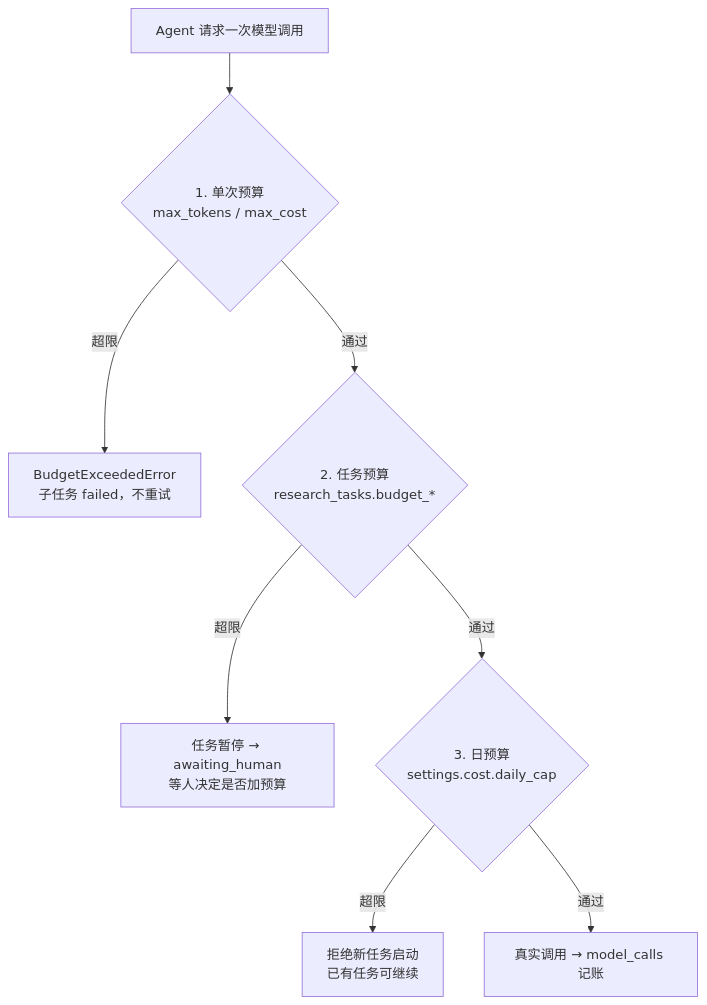
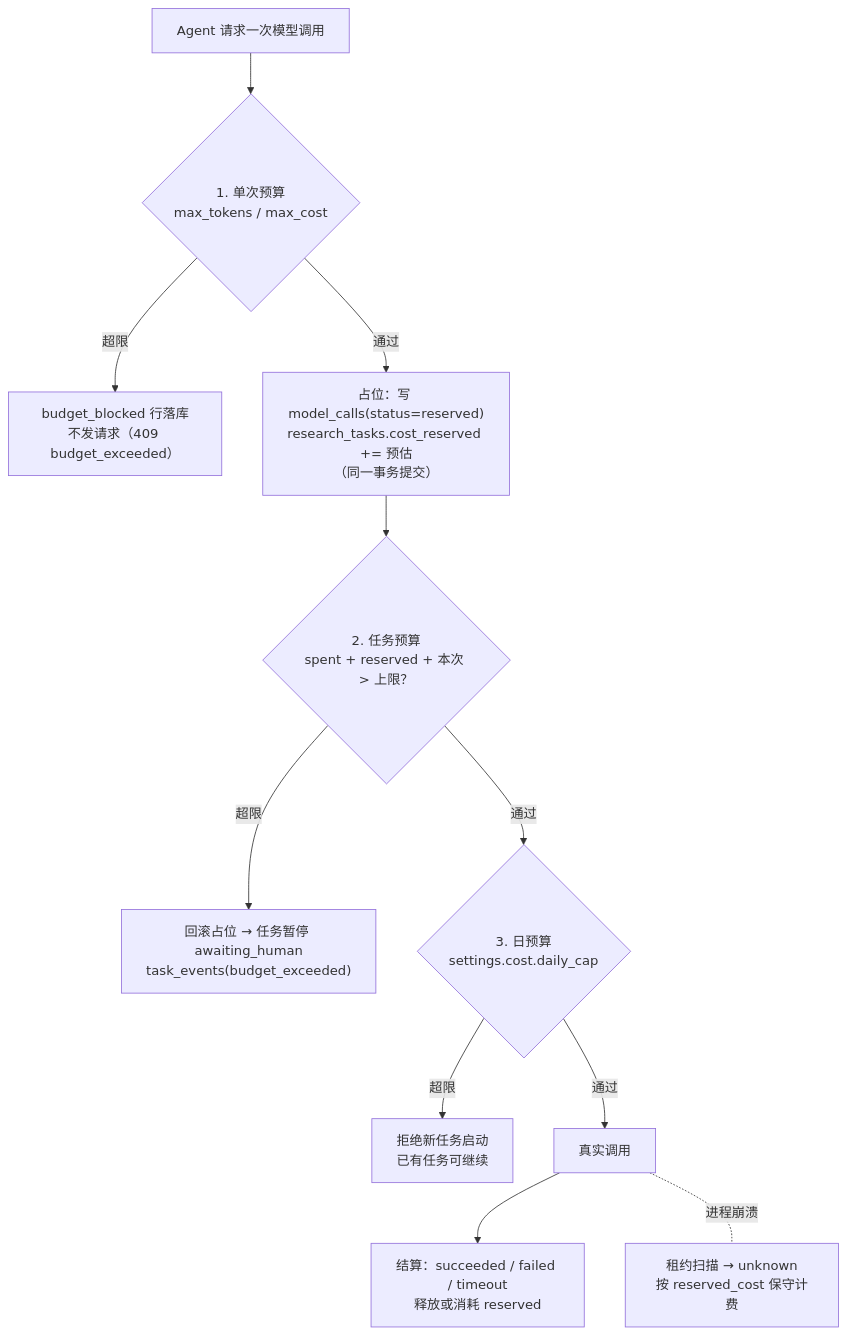
The fourth of 4 diagrams in docs/research_hub/system_architecture.md (AckNove/finance-media-ai), drawn with Mermaid before and after one commit. The commit also changed other lines of this file and 14 other files, not shown here.

````diff
--- a/docs/research_hub/system_architecture.md
+++ b/docs/research_hub/system_architecture.md
@@ -308,10 +389,13 @@
 ```mermaid
 flowchart TB
     A["Agent 请求一次模型调用"] --> B{"1. 单次预算<br/>max_tokens / max_cost"}
-    B -- 超限 --> X["BudgetExceededError<br/>子任务 failed，不重试"]
-    B -- 通过 --> C{"2. 任务预算<br/>research_tasks.budget_*"}
-    C -- 超限 --> Y["任务暂停 → awaiting_human<br/>等人决定是否加预算"]
+    B -- 超限 --> X["budget_blocked 行落库<br/>不发请求（409 budget_exceeded）"]
+    B -- 通过 --> R["占位：写 model_calls(status=reserved)<br/>research_tasks.cost_reserved += 预估<br/>（同一事务提交）"]
+    R --> C{"2. 任务预算<br/>spent + reserved + 本次 > 上限？"}
+    C -- 超限 --> Y["回滚占位 → 任务暂停 awaiting_human<br/>task_events(budget_exceeded)"]
     C -- 通过 --> D{"3. 日预算<br/>settings.cost.daily_cap"}
     D -- 超限 --> Z["拒绝新任务启动<br/>已有任务可继续"]
-    D -- 通过 --> E["真实调用 → model_calls 记账"]
+    D -- 通过 --> E["真实调用"]
+    E --> F["结算：succeeded / failed / timeout<br/>释放或消耗 reserved"]
+    E -.进程崩溃.- G["租约扫描 → unknown<br/>按 reserved_cost 保守计费"]
 ```
````
